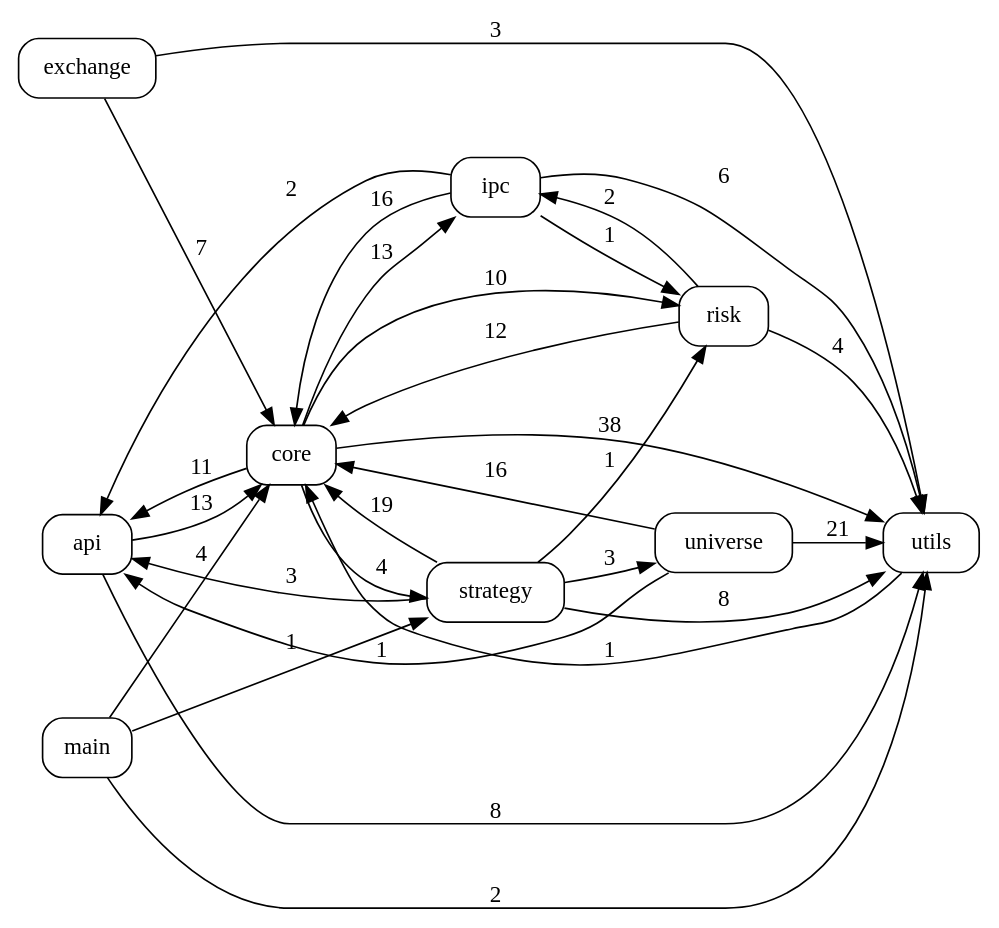
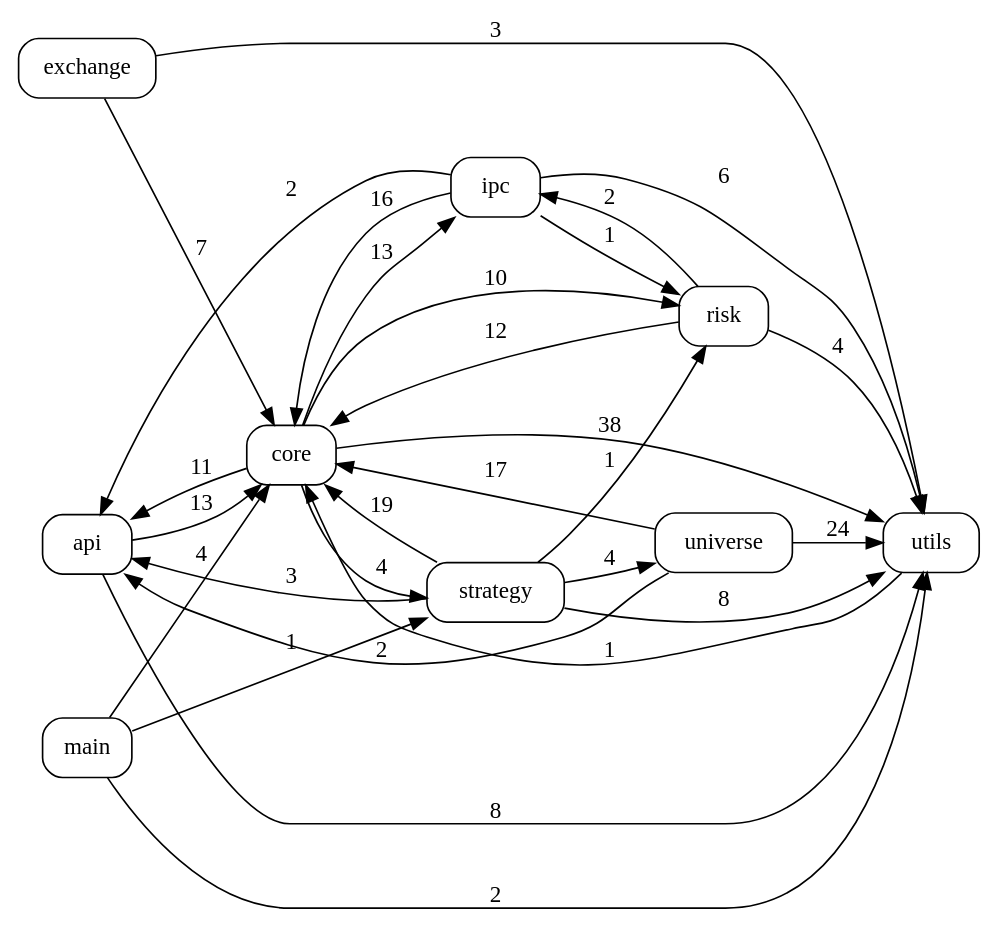
One commit to pypy8171/Quant changed the diagram in docs/code_graph.dot. Above: the diagram before and after it, drawn with Graphviz. The commit also changed 18 other files, not shown here.

```diff
--- a/docs/code_graph.dot
+++ b/docs/code_graph.dot
@@ -1,41 +1,41 @@
 digraph code_graph {
   rankdir=LR;
   node [shape=box, style=rounded, fontname="Consolas"];
   "api";
   "core";
   "exchange";
   "ipc";
   "main";
   "risk";
   "strategy";
   "universe";
   "utils";
   "api" -> "core" [label="13"];
   "api" -> "utils" [label="8"];
   "core" -> "api" [label="11"];
   "core" -> "ipc" [label="13"];
   "core" -> "risk" [label="10"];
   "core" -> "strategy" [label="4"];
   "core" -> "utils" [label="38"];
   "exchange" -> "core" [label="7"];
   "exchange" -> "utils" [label="3"];
   "ipc" -> "api" [label="2"];
   "ipc" -> "core" [label="16"];
   "ipc" -> "risk" [label="1"];
   "ipc" -> "utils" [label="6"];
   "main" -> "core" [label="4"];
   "main" -> "strategy" [label="1"];
   "main" -> "utils" [label="2"];
   "risk" -> "core" [label="12"];
   "risk" -> "ipc" [label="2"];
   "risk" -> "utils" [label="4"];
   "strategy" -> "api" [label="3"];
   "strategy" -> "core" [label="19"];
   "strategy" -> "risk" [label="1"];
-  "strategy" -> "universe" [label="3"];
+  "strategy" -> "universe" [label="4"];
   "strategy" -> "utils" [label="8"];
-  "universe" -> "api" [label="1"];
-  "universe" -> "core" [label="16"];
-  "universe" -> "utils" [label="21"];
+  "universe" -> "api" [label="2"];
+  "universe" -> "core" [label="17"];
+  "universe" -> "utils" [label="24"];
   "utils" -> "core" [label="1"];
 }
```
